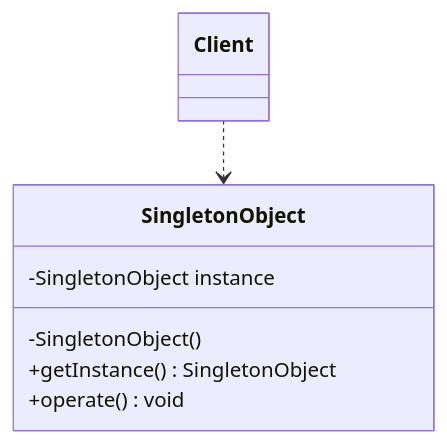
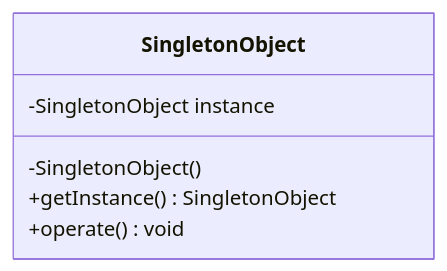
Before and after one commit to lingwh1995/books: the ninth of 37 diagrams in general/designpattern/designpattern-java/designpattern-java.md, drawn with Mermaid. The commit also changed other lines of this file, not shown here.

````diff
--- a/general/designpattern/designpattern-java/designpattern-java.md
+++ b/general/designpattern/designpattern-java/designpattern-java.md
@@ -424,10 +440,9 @@
 ```mermaid
 classDiagram
-    Client ..> SingletonObject
     class SingletonObject {
         -SingletonObject instance
         -SingletonObject()
         +getInstance() SingletonObject
         +operate() void
     }
 ```
````
